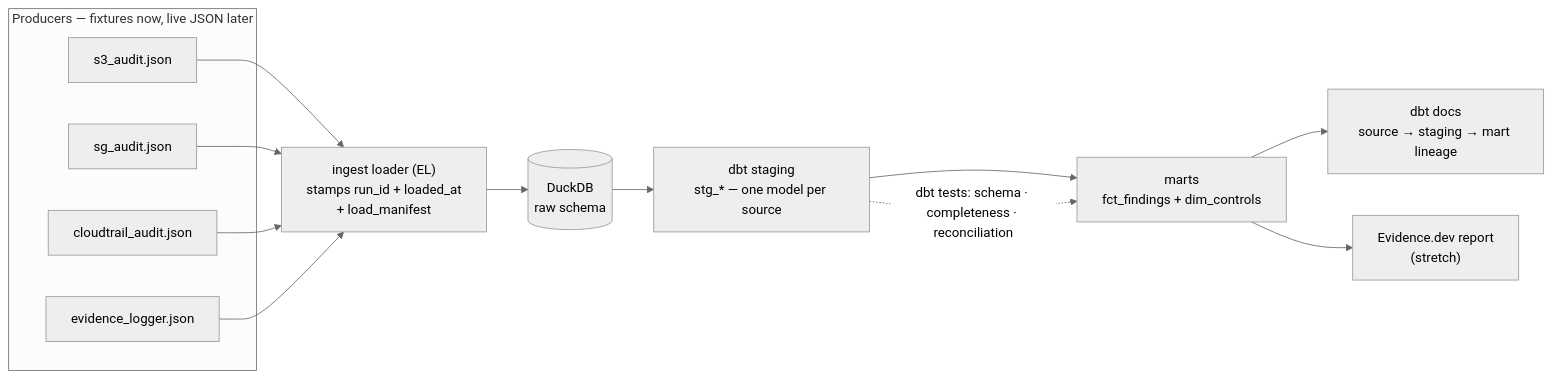
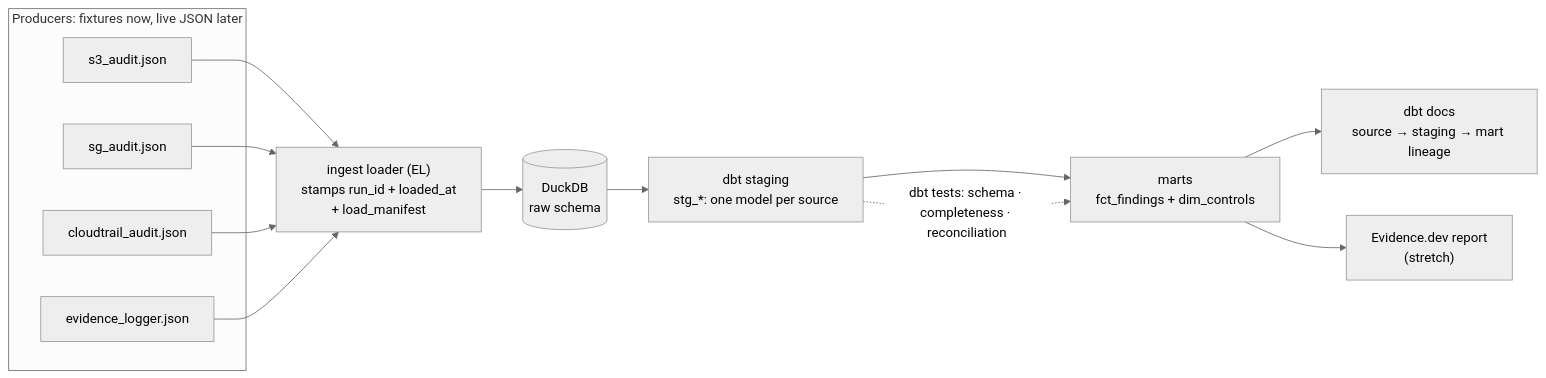
Before and after one commit to 0xBahalaNa/grc-engineering-evidence-warehouse: the diagram in README.md, drawn with Mermaid (neutral theme). The commit also changed other lines of this file, not shown here.

````diff
--- a/README.md
+++ b/README.md
@@ -25,16 +25,16 @@
 ```mermaid
 graph LR
-    subgraph P [Producers — fixtures now, live JSON later]
+    subgraph P [Producers: fixtures now, live JSON later]
         A1[s3_audit.json]
         A2[sg_audit.json]
         A3[cloudtrail_audit.json]
         A4[evidence_logger.json]
     end
     A1 & A2 & A3 & A4 --> B["ingest loader (EL)<br/>stamps run_id + loaded_at<br/>+ load_manifest"]
     B --> C[("DuckDB<br/>raw schema")]
-    C --> D["dbt staging<br/>stg_* — one model per source"]
+    C --> D["dbt staging<br/>stg_*: one model per source"]
     D --> E["marts<br/>fct_findings + dim_controls"]
     E --> F["dbt docs<br/>source → staging → mart lineage"]
     E --> G["Evidence.dev report<br/>(stretch)"]
     D -.->|"dbt tests: schema · completeness · reconciliation"| E
 ```
````
